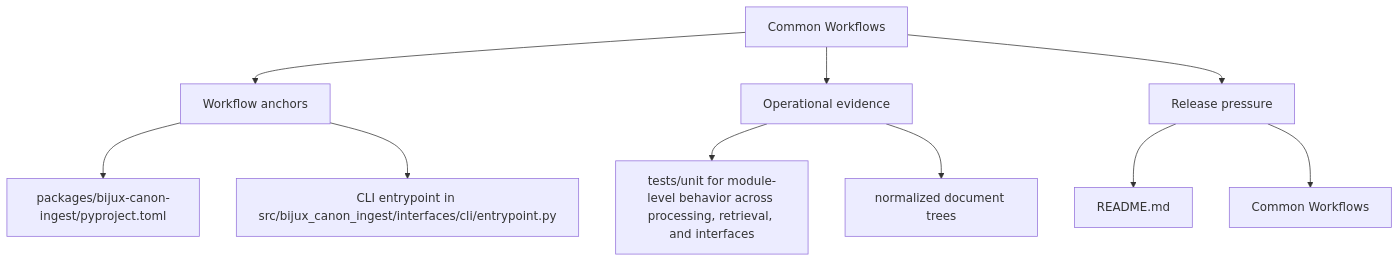
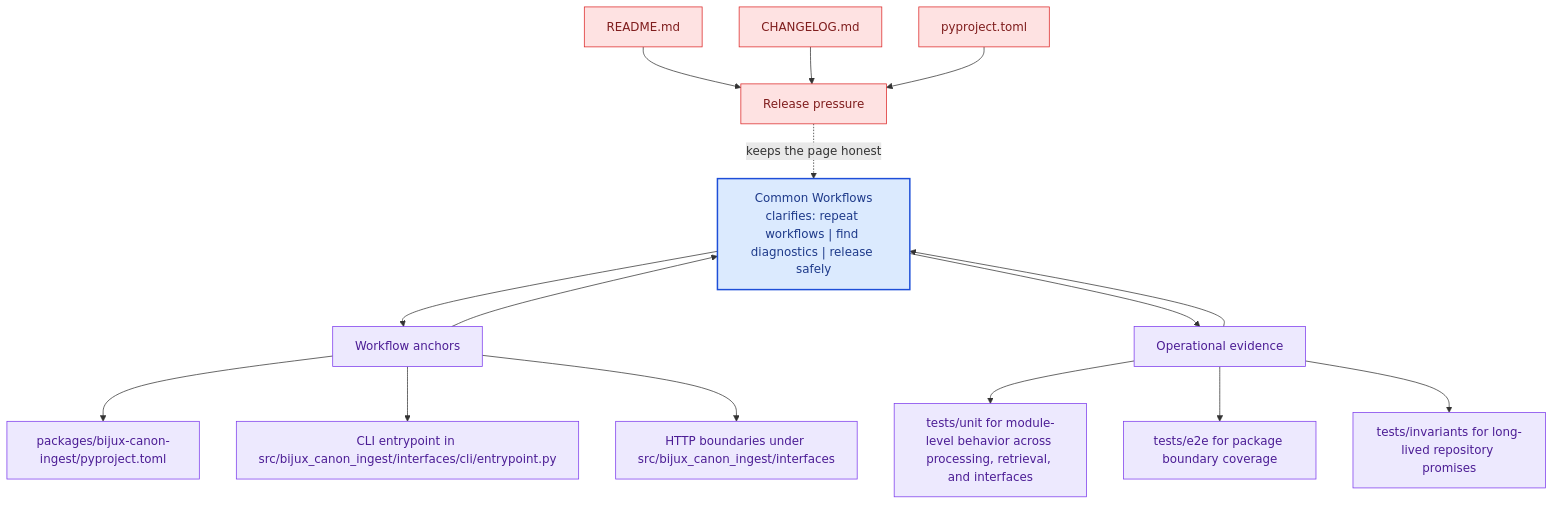
One commit to bijux/bijux-canon changed the second of 2 diagrams in docs/bijux-canon-ingest/operations/common-workflows.md. Above: the diagram before and after it, drawn with Mermaid. The commit also changed other lines of this file and 281 other files, not shown here.

Commit message:
docs(diagrams): deepen handbook mermaid maps across the catalog

````diff
--- a/docs/bijux-canon-ingest/operations/common-workflows.md
+++ b/docs/bijux-canon-ingest/operations/common-workflows.md
@@ -34,22 +67,41 @@
 ```mermaid
-flowchart TD
-    page["Common Workflows"]
+flowchart TB
+    promise["Common Workflows<br/>clarifies: repeat workflows | find diagnostics | release safely"]
+    classDef promise fill:#dbeafe,stroke:#1d4ed8,color:#1e3a8a,stroke-width:2px;
+    classDef driver fill:#dcfce7,stroke:#16a34a,color:#14532d;
+    classDef constraint fill:#fee2e2,stroke:#dc2626,color:#7f1d1d;
+    classDef ground fill:#ede9fe,stroke:#7c3aed,color:#4c1d95;
     focus1["Workflow anchors"]
-    page --> focus1
+    focus1 --> promise
+    promise --> focus1
     focus1_1["packages/bijux-canon-ingest/pyproject.toml"]
     focus1 --> focus1_1
     focus1_2["CLI entrypoint in src/bijux_canon_ingest/interfaces/cli/entrypoint.py"]
     focus1 --> focus1_2
+    focus1_3["HTTP boundaries under src/bijux_canon_ingest/interfaces"]
+    focus1 --> focus1_3
+    class focus1 ground;
+    class focus1_1,focus1_2,focus1_3 ground;
     focus2["Operational evidence"]
-    page --> focus2
+    focus2 --> promise
+    promise --> focus2
     focus2_1["tests/unit for module-level behavior across processing, retrieval, and interfaces"]
     focus2 --> focus2_1
-    focus2_2["normalized document trees"]
+    focus2_2["tests/e2e for package boundary coverage"]
     focus2 --> focus2_2
+    focus2_3["tests/invariants for long-lived repository promises"]
+    focus2 --> focus2_3
+    class focus2 ground;
+    class focus2_1,focus2_2,focus2_3 ground;
     focus3["Release pressure"]
-    page --> focus3
+    focus3 -.keeps the page honest.-> promise
     focus3_1["README.md"]
-    focus3 --> focus3_1
-    focus3_2["Common Workflows"]
-    focus3 --> focus3_2
+    focus3_1 --> focus3
+    focus3_2["CHANGELOG.md"]
+    focus3_2 --> focus3
+    focus3_3["pyproject.toml"]
+    focus3_3 --> focus3
+    class focus3 constraint;
+    class focus3_1,focus3_2,focus3_3 constraint;
+    class promise promise;
 ```
````
